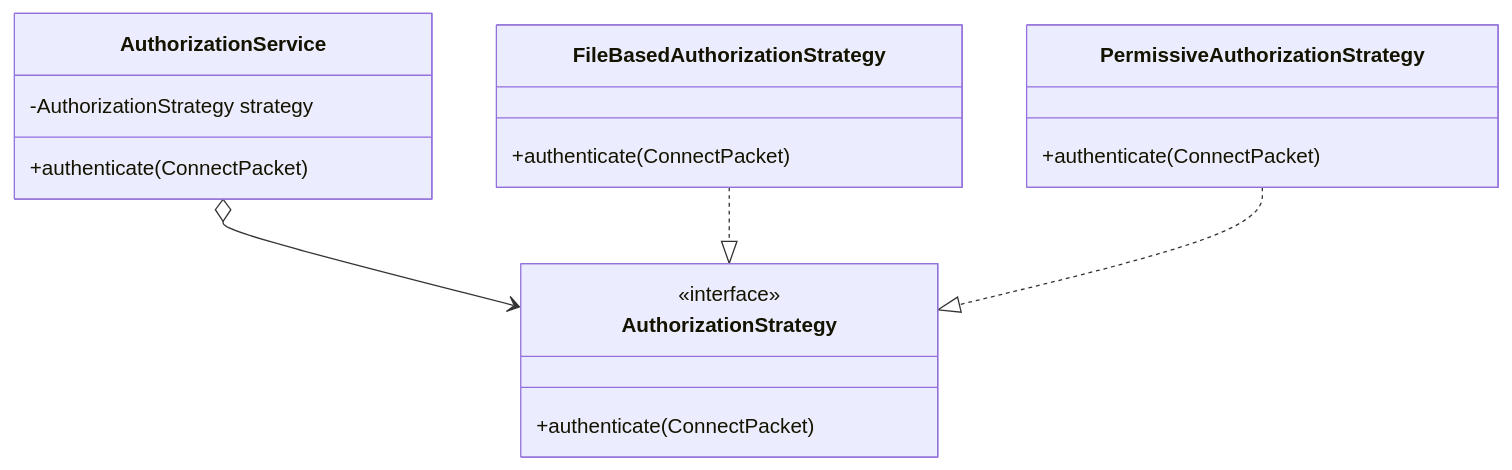
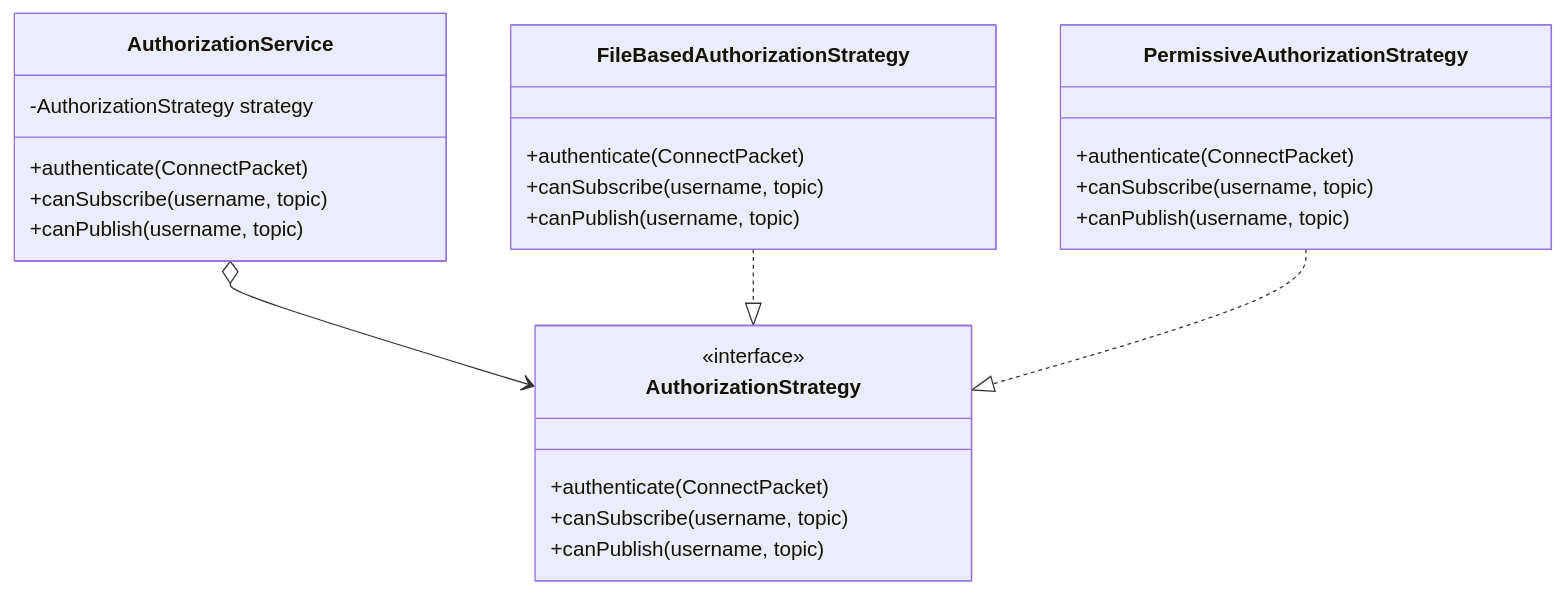
The second of 8 diagrams in README.md (karolbystrek/mqtt-broker), drawn with Mermaid before and after one commit. The commit also changed other lines of this file, not shown here.

Commit message:
Remove wrong diagrams from README

````diff
--- a/README.md
+++ b/README.md
@@ -84,22 +84,30 @@
 ```mermaid
 classDiagram
     class AuthorizationService {
         -AuthorizationStrategy strategy
         +authenticate(ConnectPacket)
+        +canSubscribe(username, topic)
+        +canPublish(username, topic)
     }
     class AuthorizationStrategy {
         <<interface>>
         +authenticate(ConnectPacket)
+        +canSubscribe(username, topic)
+        +canPublish(username, topic)
     }
     class FileBasedAuthorizationStrategy {
         +authenticate(ConnectPacket)
+        +canSubscribe(username, topic)
+        +canPublish(username, topic)
     }
     class PermissiveAuthorizationStrategy {
         +authenticate(ConnectPacket)
+        +canSubscribe(username, topic)
+        +canPublish(username, topic)
     }
     
     
     AuthorizationService o--> AuthorizationStrategy
     FileBasedAuthorizationStrategy ..|> AuthorizationStrategy
     PermissiveAuthorizationStrategy ..|> AuthorizationStrategy
 ```
````
